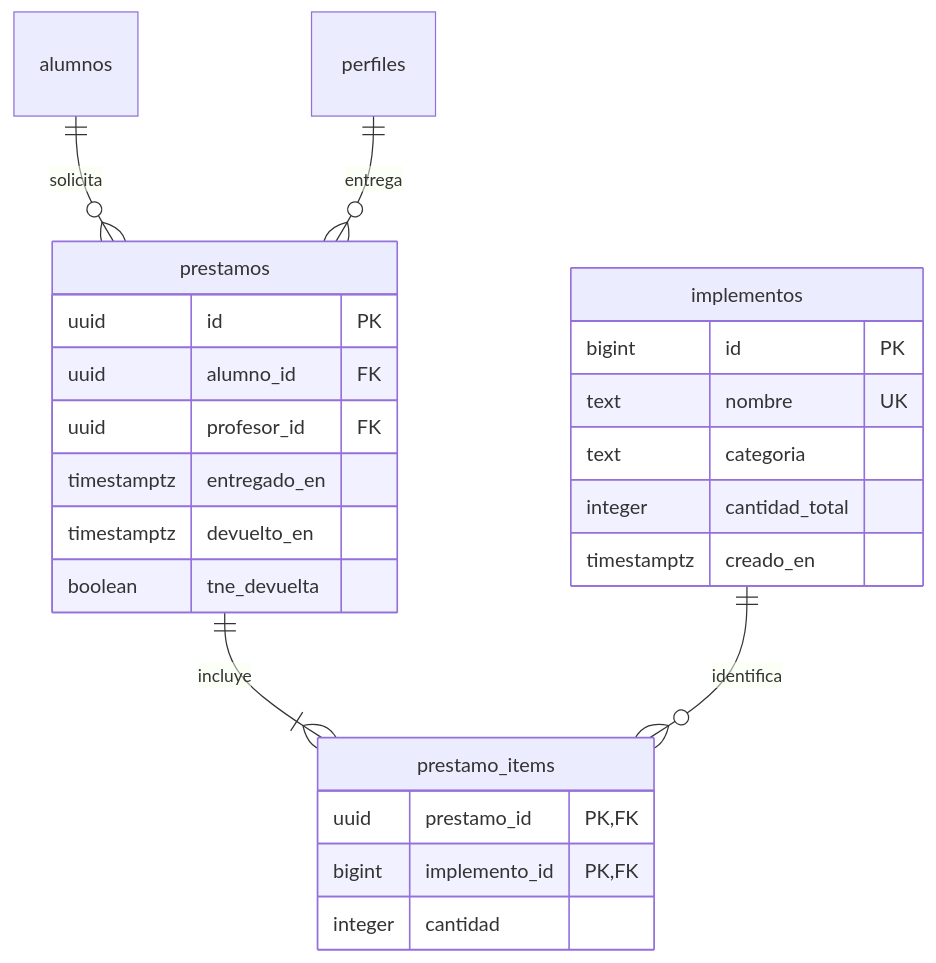
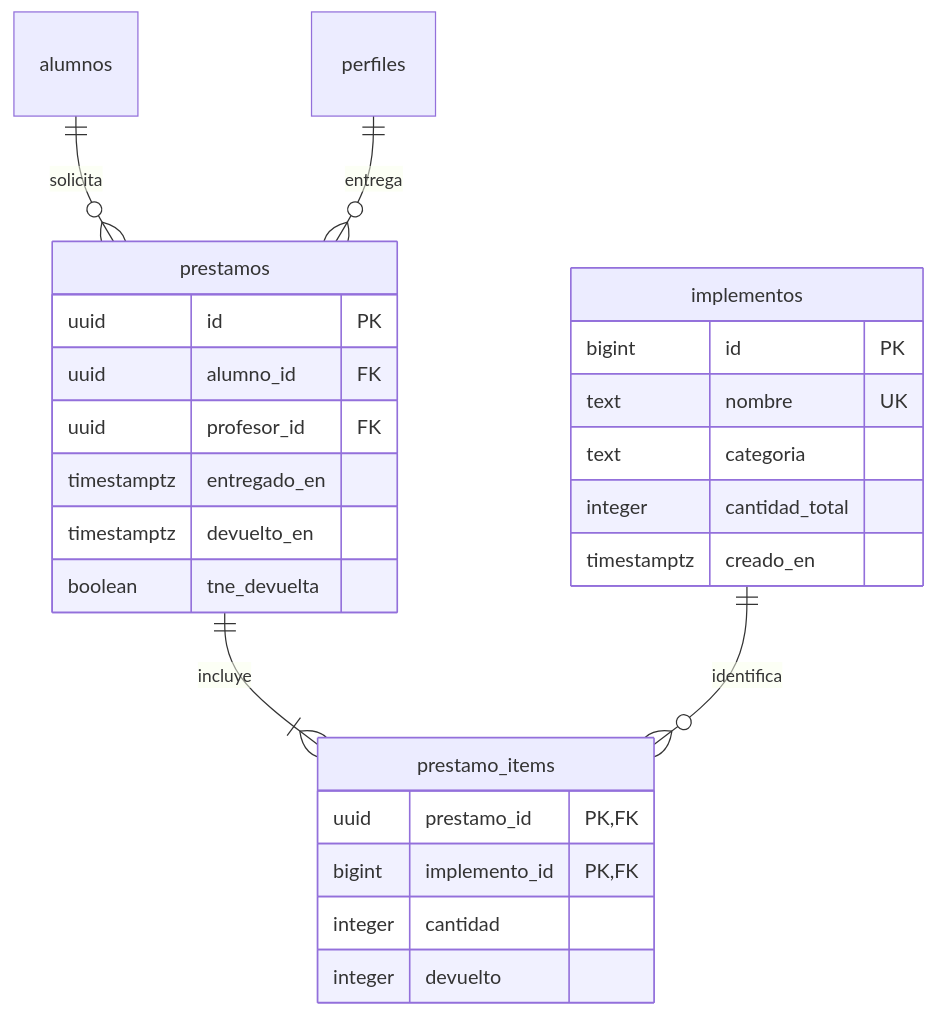
Before and after one commit to vicente-uss/aforofit: the third of 6 diagrams in docs/diagramas.md, drawn with Mermaid. The commit also changed other lines of this file and 7 other files, not shown here.

````diff
--- a/docs/diagramas.md
+++ b/docs/diagramas.md
@@ -228,27 +228,28 @@
 ```mermaid
 erDiagram
     alumnos ||--o{ prestamos : solicita
     perfiles ||--o{ prestamos : entrega
     prestamos ||--|{ prestamo_items : incluye
     implementos ||--o{ prestamo_items : identifica
     prestamos {
         uuid id PK
         uuid alumno_id FK
         uuid profesor_id FK
         timestamptz entregado_en
         timestamptz devuelto_en
         boolean tne_devuelta
     }
     prestamo_items {
         uuid prestamo_id PK, FK
         bigint implemento_id PK, FK
         integer cantidad
+        integer devuelto
     }
     implementos {
         bigint id PK
         text nombre UK
         text categoria
         integer cantidad_total
         timestamptz creado_en
     }
 ```
````
